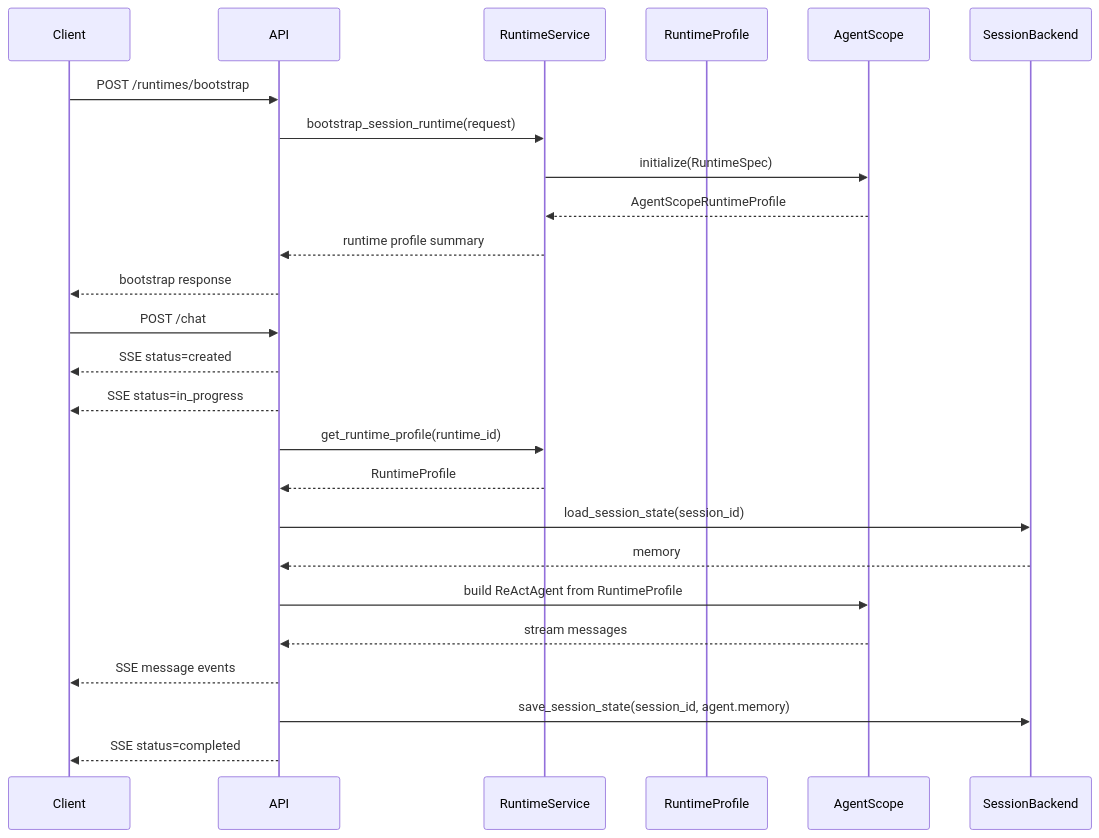
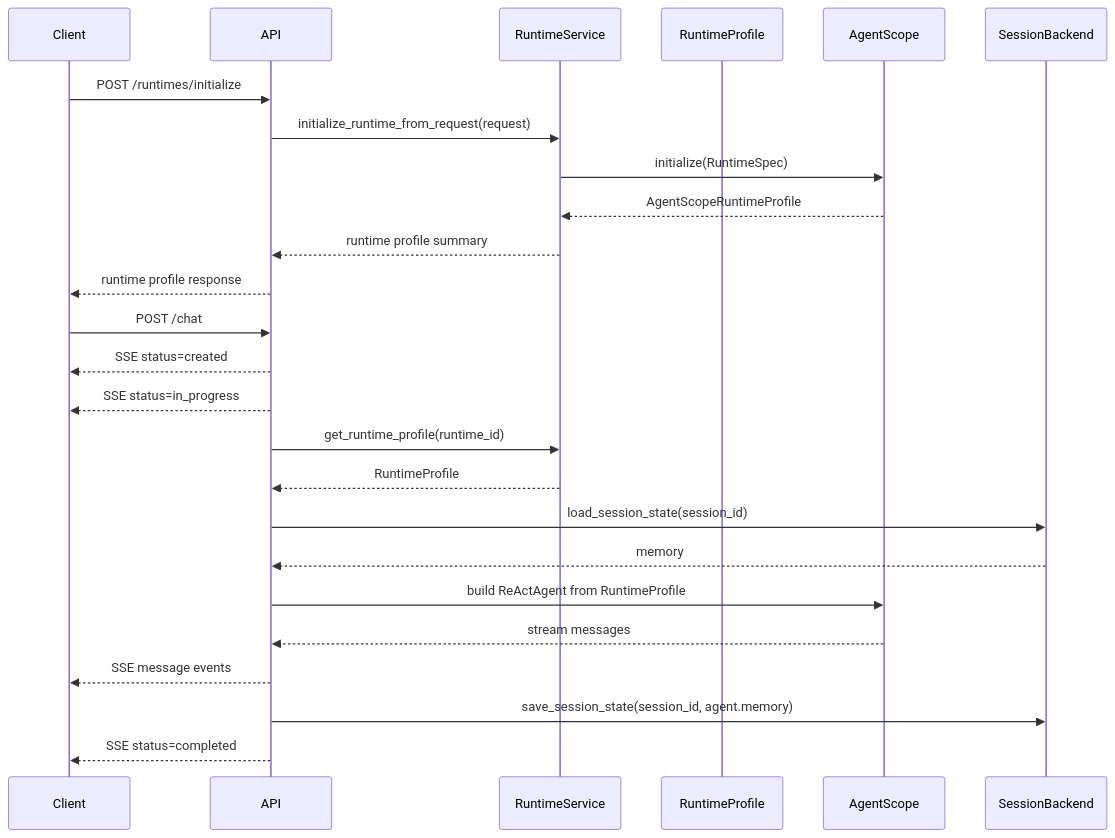
One commit to mooneclipsed/myagent changed the third of 3 diagrams in docs/architecture.md. Above: the diagram before and after it, drawn with Mermaid. The commit also changed other lines of this file and 16 other files, not shown here.

Commit message:
refactor: rename runtime bootstrap to initialize

````diff
--- a/docs/architecture.md
+++ b/docs/architecture.md
@@ -101,29 +101,29 @@
 ```mermaid
 sequenceDiagram
     participant Client
     participant API
     participant RuntimeService
     participant RuntimeProfile
     participant AgentScope
     participant SessionBackend
 
-    Client->>API: POST /runtimes/bootstrap
-    API->>RuntimeService: bootstrap_session_runtime(request)
+    Client->>API: POST /runtimes/initialize
+    API->>RuntimeService: initialize_runtime_from_request(request)
     RuntimeService->>AgentScope: initialize(RuntimeSpec)
     AgentScope-->>RuntimeService: AgentScopeRuntimeProfile
     RuntimeService-->>API: runtime profile summary
-    API-->>Client: bootstrap response
+    API-->>Client: runtime profile response
 
     Client->>API: POST /chat
     API-->>Client: SSE status=created
     API-->>Client: SSE status=in_progress
     API->>RuntimeService: get_runtime_profile(runtime_id)
     RuntimeService-->>API: RuntimeProfile
     API->>SessionBackend: load_session_state(session_id)
     SessionBackend-->>API: memory
     API->>AgentScope: build ReActAgent from RuntimeProfile
     AgentScope-->>API: stream messages
     API-->>Client: SSE message events
     API->>SessionBackend: save_session_state(session_id, agent.memory)
     API-->>Client: SSE status=completed
 ```
````
